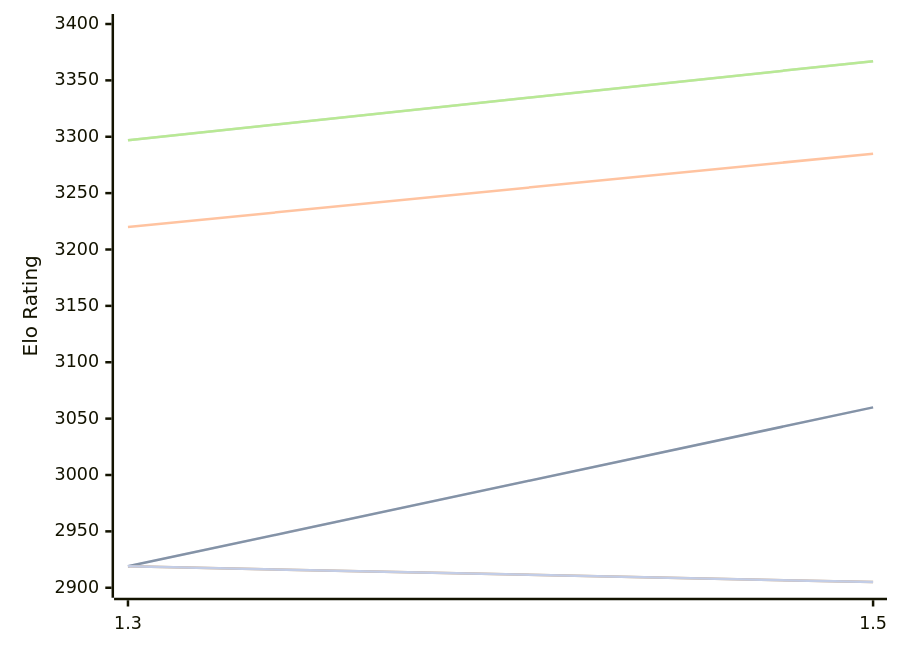
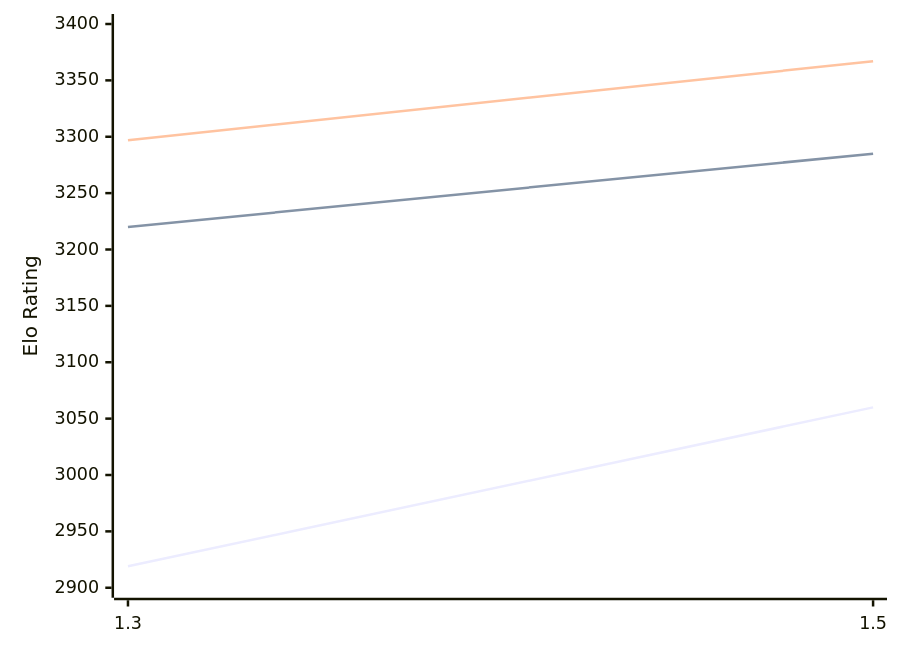
One commit to computer-chess-index/cci changed the diagram in engines/Lambergar.md. Above: the diagram before and after it, drawn with Mermaid. The commit also changed other lines of this file, not shown here.

````diff
--- a/engines/Lambergar.md
+++ b/engines/Lambergar.md
@@ -48,13 +48,9 @@
 ```mermaid
 %%{init: {"theme":"base","themeVariables":{"seriesColors:['#a3a3a3','#222221','#faa371']}}}%%
 xychart-beta
   x-axis ["1.3", "1.5"]
   y-axis "Elo Rating" 2900 --> 3400
-  line "" [2919, 3060]
   line "T1: STC (8.0+0.08s)" [2919, 3060]
   line "T1: LTC (60.0+0.60s)" [3220, 3285]
-  line "" [3297, 3367]
   line "T1: VLTC (2m24s+1.12s)" [3297, 3367]
-  line "" [2919,2905]
-  line "E1: STC (8.0+0.08s)" [2919,2905]
 ```
````
